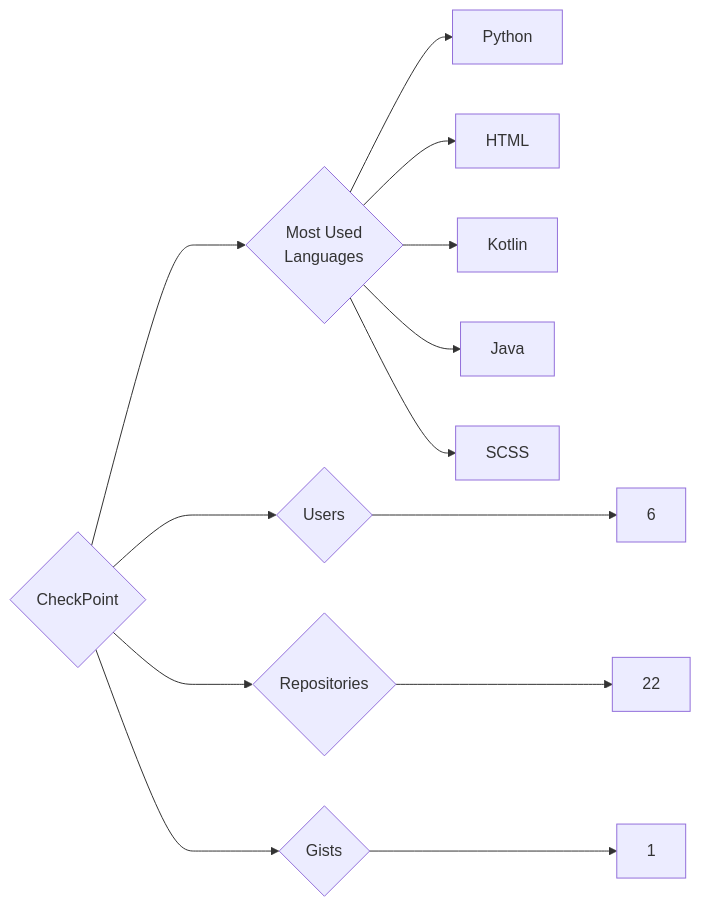
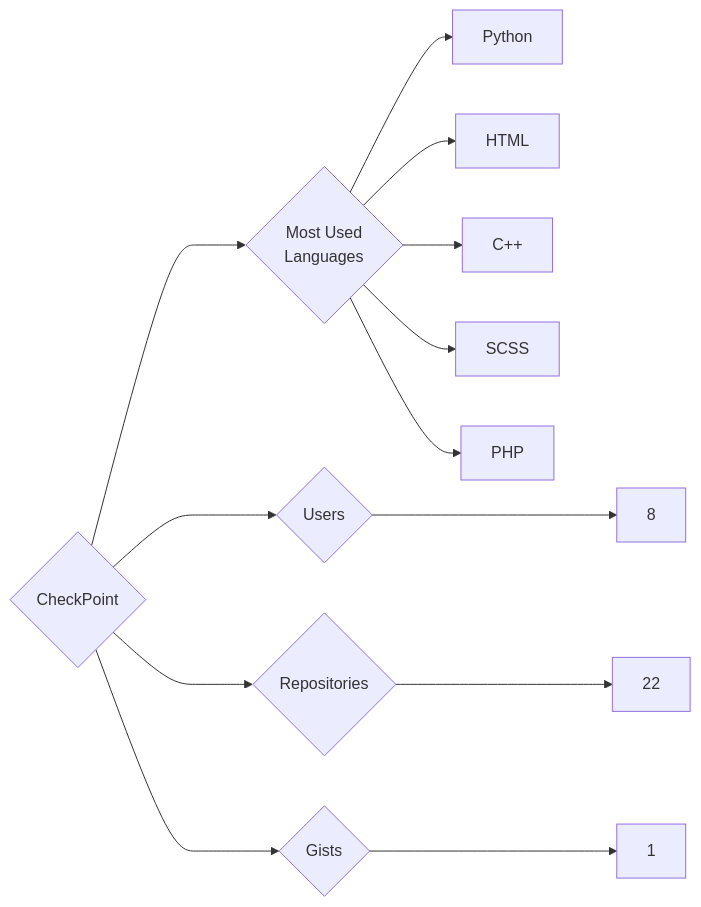
Before and after one commit to trickest/insiders: the diagram in targets/CheckPoint/README.md, drawn with Mermaid. The commit also changed 1007 other files, not shown here.

````diff
--- a/targets/CheckPoint/README.md
+++ b/targets/CheckPoint/README.md
@@ -3,13 +3,13 @@
 ```mermaid
 graph LR
 COMPANY_NAME{CheckPoint}
-COMPANY_NAME ---> U{Users} ---> UN[6]
+COMPANY_NAME ---> U{Users} ---> UN[8]
 COMPANY_NAME ---> R{Repositories} ---> RN[22]
 COMPANY_NAME ---> G{Gists} ---> GN[1]
 COMPANY_NAME ---> ML{Most Used<br>Languages}
 ML --> Python[Python]
 ML --> HTML[HTML]
-ML --> Kotlin[Kotlin]
-ML --> Java[Java]
+ML --> C++[C++]
 ML --> SCSS[SCSS]
+ML --> PHP[PHP]
 ```
````
